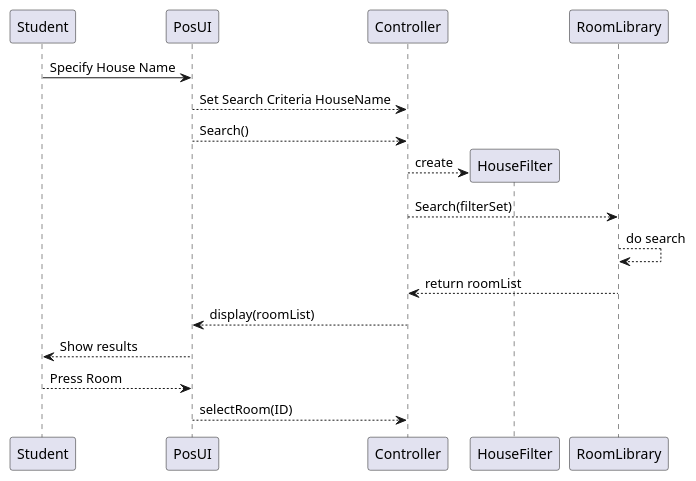
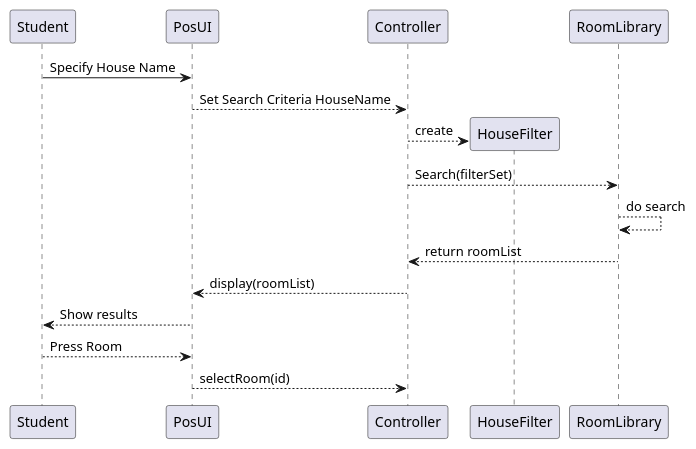
Before and after one commit to alexandraguillen12/Dorm-Review-App: the second of 2 diagrams in intellij/doc/design.md, drawn with PlantUML. The commit also changed 4 other files, not shown here.

````diff
--- a/intellij/doc/design.md
+++ b/intellij/doc/design.md
@@ -57,17 +57,16 @@
 ```plantuml
 @startuml
 Student -> PosUI: Specify House Name 
 PosUI --> Controller: Set Search Criteria HouseName  
-PosUI --> Controller: Search()
 create HouseFilter 
 Controller --> HouseFilter: create 
 Controller --> RoomLibrary: Search(filterSet)
 RoomLibrary --> RoomLibrary: do search  
 RoomLibrary --> Controller: return roomList  
 Controller --> PosUI: display(roomList) 
 PosUI --> Student: Show results 
 Student --> PosUI: Press Room 
-PosUI --> Controller: selectRoom(ID)
+PosUI --> Controller: selectRoom(id)
 
 @enduml
 ```
````
